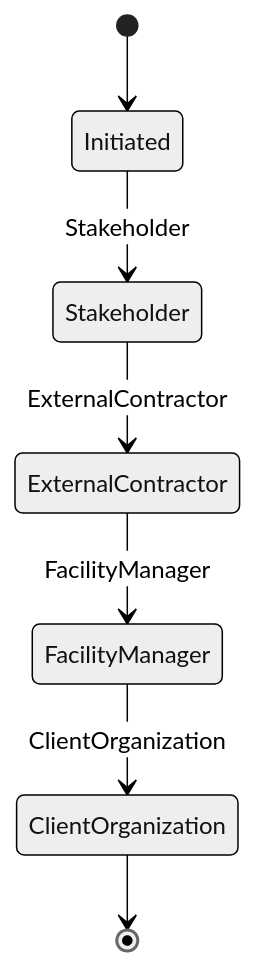
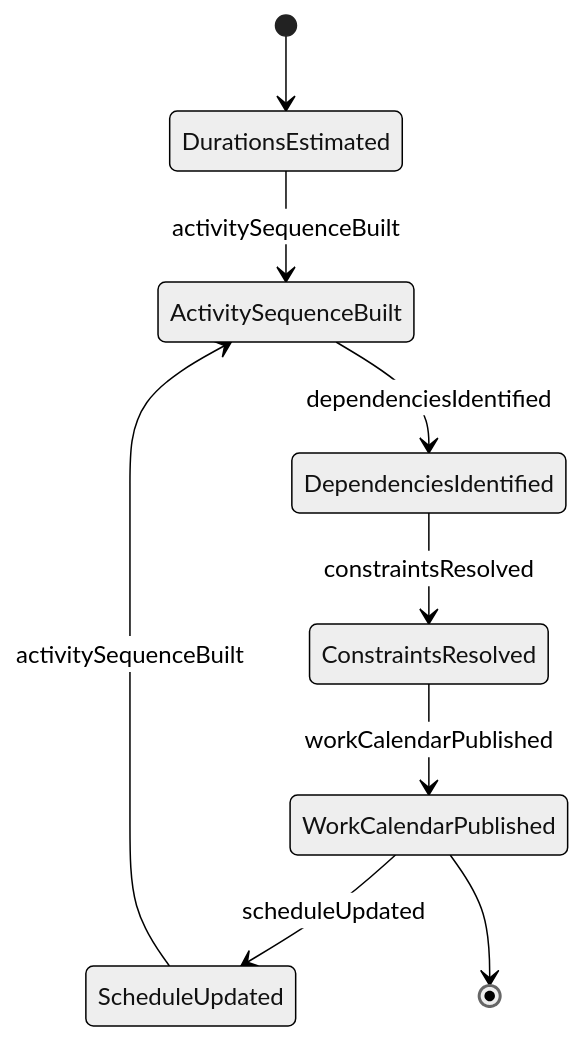
The second of 4 diagrams in GuidingDirectingAndMotivatingSubordinates/AssignWorkToOthers/PrepareActivityWorkSchedules.mdx (dot-org-ai/tasks.org.ai), drawn with Mermaid (neutral theme) before and after one commit. The commit also changed other lines of this file and 515 other files, not shown here.

````diff
--- a/GuidingDirectingAndMotivatingSubordinates/AssignWorkToOthers/PrepareActivityWorkSchedules.mdx
+++ b/GuidingDirectingAndMotivatingSubordinates/AssignWorkToOthers/PrepareActivityWorkSchedules.mdx
@@ -95,9 +97,11 @@
 ```mermaid
 stateDiagram-v2
-    [*] --> Initiated
-    Initiated --> Stakeholder: Stakeholder
-    Stakeholder --> ExternalContractor: ExternalContractor
-    ExternalContractor --> FacilityManager: FacilityManager
-    FacilityManager --> ClientOrganization: ClientOrganization
-    ClientOrganization --> [*]
+    [*] --> DurationsEstimated
+    DurationsEstimated --> ActivitySequenceBuilt : activitySequenceBuilt
+    ActivitySequenceBuilt --> DependenciesIdentified : dependenciesIdentified
+    DependenciesIdentified --> ConstraintsResolved : constraintsResolved
+    ConstraintsResolved --> WorkCalendarPublished : workCalendarPublished
+    WorkCalendarPublished --> ScheduleUpdated : scheduleUpdated
+    ScheduleUpdated --> ActivitySequenceBuilt : activitySequenceBuilt
+    WorkCalendarPublished --> [*]
 ```
````
